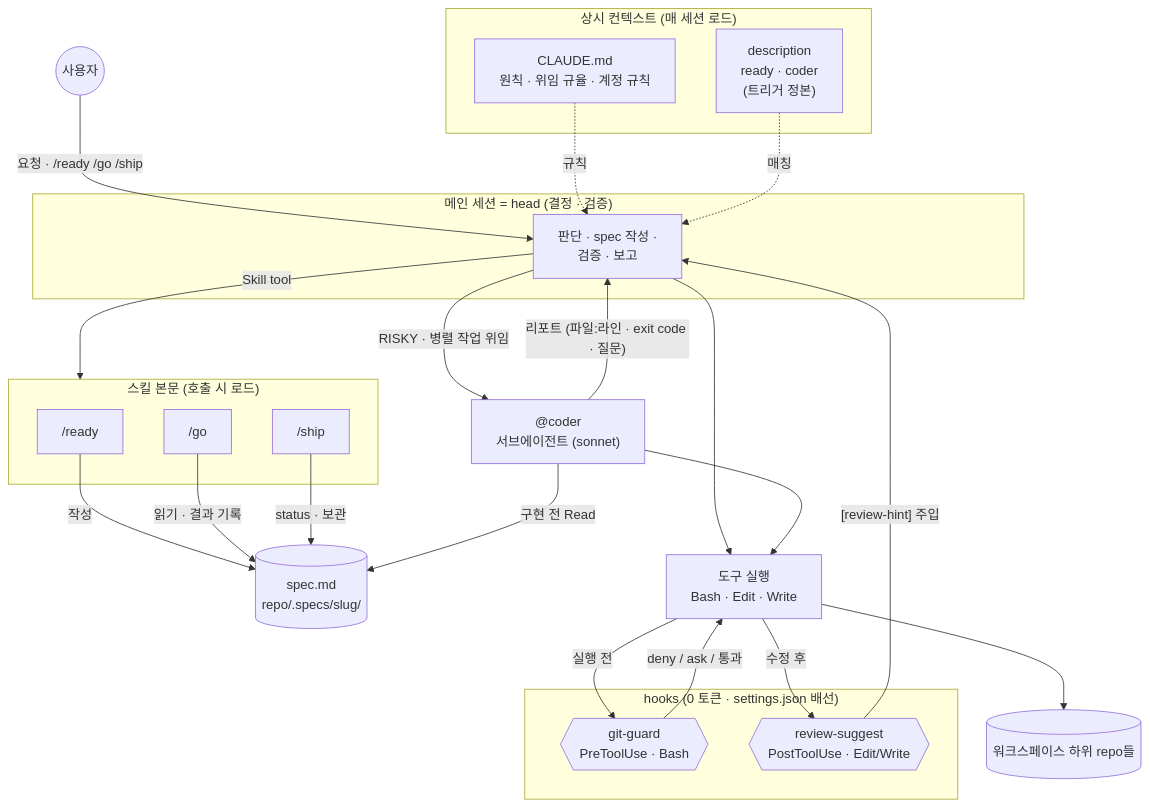
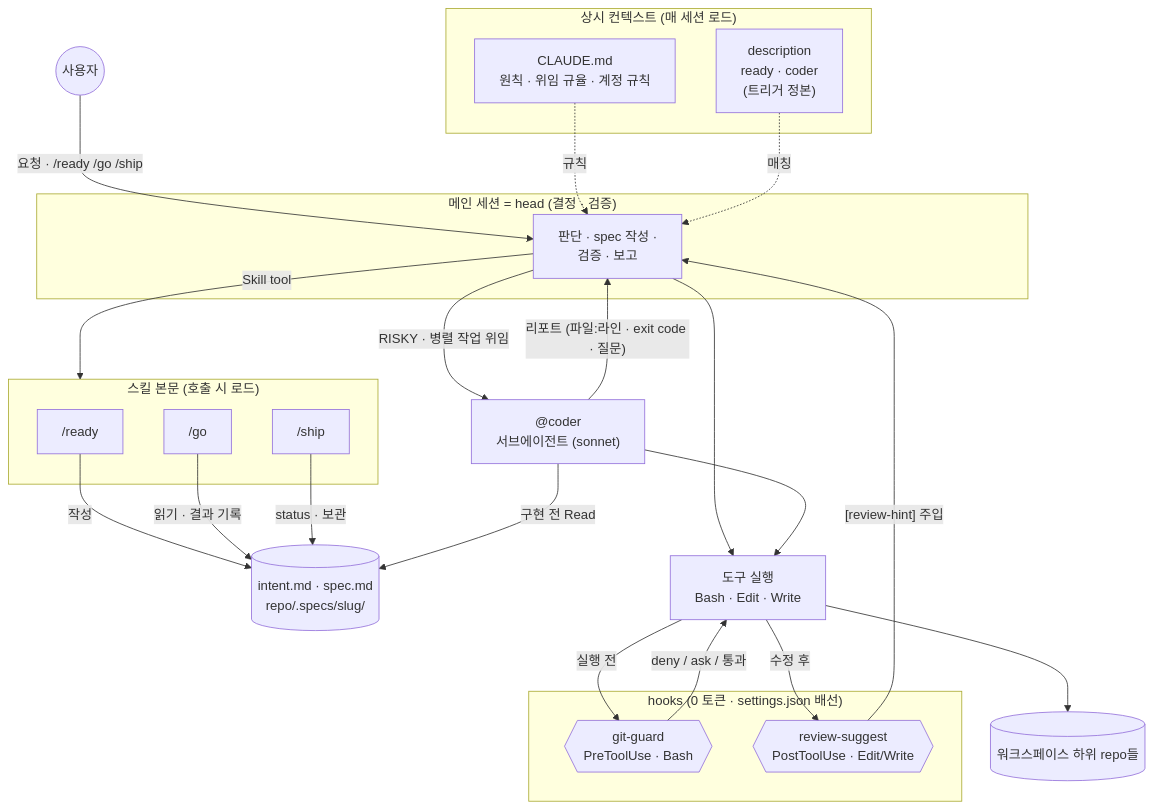
The first of 2 diagrams in README.md (95hyun/my-machina), drawn with Mermaid before and after one commit. The commit also changed other lines of this file and 7 other files, not shown here.

````diff
--- a/README.md
+++ b/README.md
@@ -45,48 +45,48 @@
 ```mermaid
 flowchart TB
     U(("사용자"))
 
     subgraph CTX["상시 컨텍스트 (매 세션 로드)"]
         CM["CLAUDE.md<br/>원칙 · 위임 규율 · 계정 규칙"]
         DS["description<br/>ready · coder<br/>(트리거 정본)"]
     end
 
     subgraph HEAD["메인 세션 = head (결정 · 검증)"]
         M["판단 · spec 작성 ·<br/>검증 · 보고"]
     end
 
     subgraph SK["스킬 본문 (호출 시 로드)"]
         R["/ready"]
         G["/go"]
         S["/ship"]
     end
 
     C["@coder<br/>서브에이전트 (sonnet)"]
-    SPEC[("spec.md<br/>repo/.specs/slug/")]
+    SPEC[("intent.md · spec.md<br/>repo/.specs/slug/")]
 
     subgraph HK["hooks (0 토큰 · settings.json 배선)"]
         GG{{"git-guard<br/>PreToolUse · Bash"}}
         RS{{"review-suggest<br/>PostToolUse · Edit/Write"}}
     end
 
     T["도구 실행<br/>Bash · Edit · Write"]
     REPO[("워크스페이스 하위 repo들")]
 
     U -- "요청 · /ready /go /ship" --> M
     CM -. 규칙 .-> M
     DS -. 매칭 .-> M
     M -- "Skill tool" --> SK
     R -- 작성 --> SPEC
     G -- 읽기 · 결과 기록 --> SPEC
     S -- "status · 보관" --> SPEC
     M -- "RISKY · 병렬 작업 위임" --> C
     C -- "구현 전 Read" --> SPEC
     C -- "리포트 (파일:라인 · exit code · 질문)" --> M
     M --> T
     C --> T
     T -- "실행 전" --> GG
     GG -- "deny / ask / 통과" --> T
     T --> REPO
     T -- "수정 후" --> RS
     RS -- "[review-hint] 주입" --> M
 ```
````
